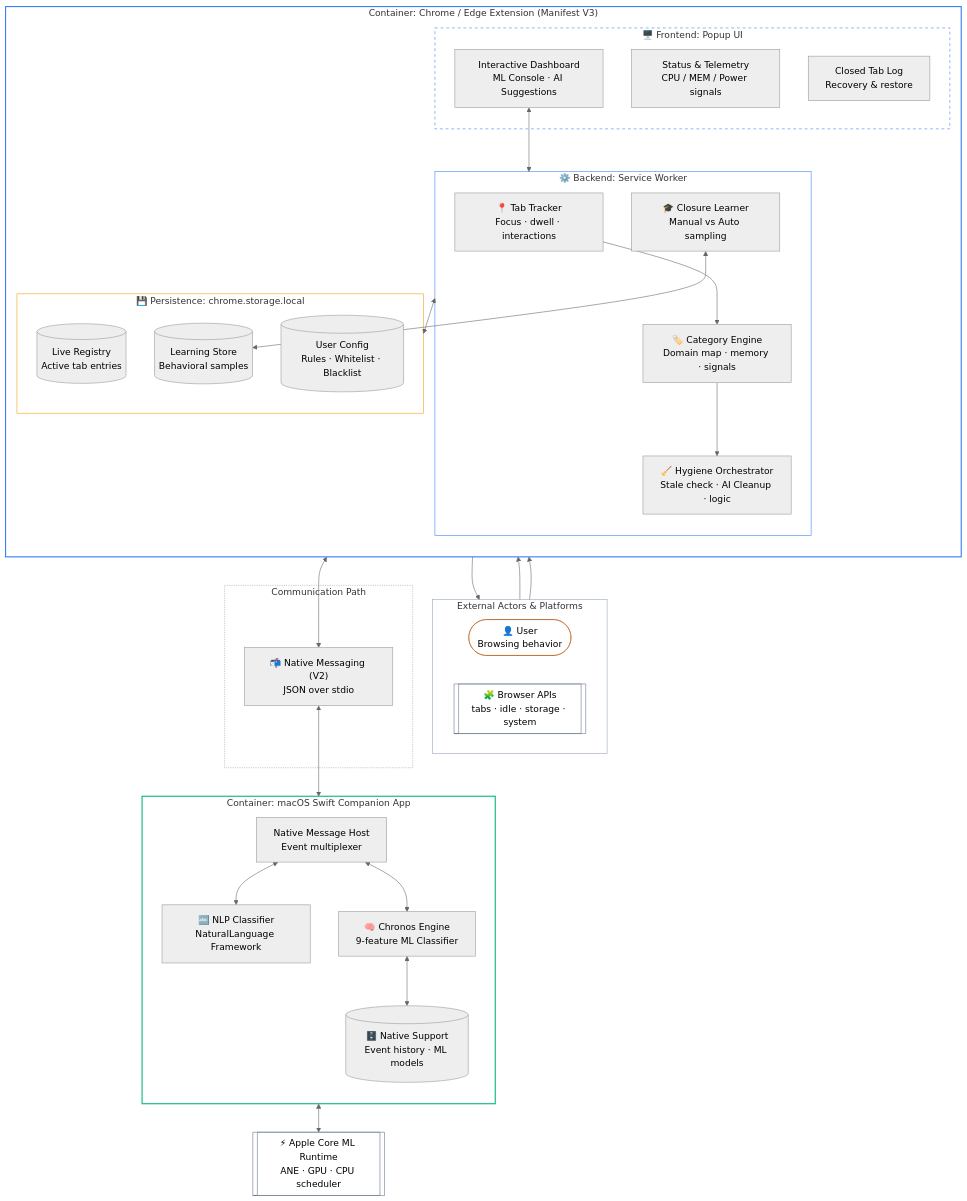
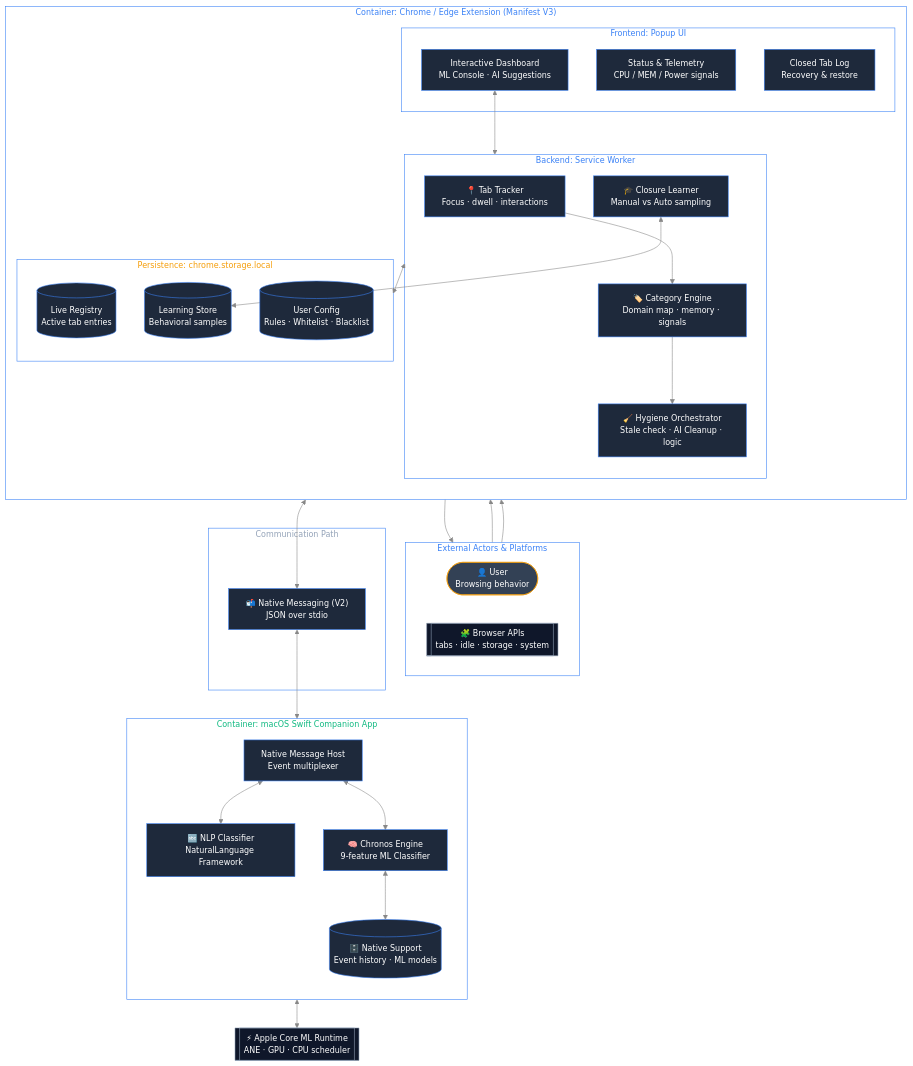
One commit to dubianche123/device-native-tab-hygiene changed the diagram in README.md. Above: the diagram before and after it, drawn with Mermaid. The commit also changed 1 other file, not shown here.

Commit message:
Fix dark mode visibility with high-contrast text and explicit node styling

````diff
--- a/README.md
+++ b/README.md
@@ -19,39 +19,52 @@
 ```mermaid
-%%{init: {'theme': 'neutral', 'themeVariables': { 'primaryColor': '#3b82f6', 'edgeLabelBackground':'transparent' }}}%%
+%%{init: {
+  'theme': 'base',
+  'themeVariables': {
+    'primaryColor': '#0052cc',
+    'primaryTextColor': '#fff',
+    'primaryBorderColor': '#0052cc',
+    'lineColor': '#888',
+    'secondaryColor': '#006100',
+    'tertiaryColor': '#fff',
+    'clusterBkg': 'rgba(255, 255, 255, 0.05)',
+    'clusterBorder': '#3b82f6',
+    'fontSize': '14px'
+  }
+}}%%
 flowchart TB
-  subgraph actors["External Actors & Platforms"]
+  subgraph actors["<span style='color:#3b82f6'>External Actors & Platforms</span>"]
     direction LR
     user(["👤 User<br/>Browsing behavior"])
     chrome[["🧩 Browser APIs<br/>tabs · idle · storage · system"]]
   end
 
-  subgraph browser["Container: Chrome / Edge Extension (Manifest V3)"]
+  subgraph browser["<span style='color:#3b82f6'>Container: Chrome / Edge Extension (Manifest V3)</span>"]
     direction TB
-    subgraph popup["🖥️ Frontend: Popup UI"]
+    subgraph popup["<span style='color:#3b82f6'>Frontend: Popup UI</span>"]
       p_ui["Interactive Dashboard<br/>ML Console · AI Suggestions"]
       p_telemetry["Status & Telemetry<br/>CPU / MEM / Power signals"]
       p_log["Closed Tab Log<br/>Recovery & restore"]
     end
 
-    subgraph background["⚙️ Backend: Service Worker"]
+    subgraph background["<span style='color:#3b82f6'>Backend: Service Worker</span>"]
       b_tracker["📍 Tab Tracker<br/>Focus · dwell · interactions"]
       b_learner["🎓 Closure Learner<br/>Manual vs Auto sampling"]
       b_engine["🏷️ Category Engine<br/>Domain map · memory · signals"]
       b_orchestrator["🧹 Hygiene Orchestrator<br/>Stale check · AI Cleanup · logic"]
     end
 
-    subgraph storage["💾 Persistence: chrome.storage.local"]
+    subgraph storage["<span style='color:#f59e0b'>Persistence: chrome.storage.local</span>"]
       s_registry[("Live Registry<br/>Active tab entries")]
       s_samples[("Learning Store<br/>Behavioral samples")]
       s_settings[("User Config<br/>Rules · Whitelist · Blacklist")]
     end
   end
 
-  subgraph ipc["Communication Path"]
+  subgraph ipc["<span style='color:#94a3b8'>Communication Path</span>"]
     nativeBus["📬 Native Messaging (V2)<br/>JSON over stdio"]
   end
 
-  subgraph native["Container: macOS Swift Companion App"]
+  subgraph native["<span style='color:#10b981'>Container: macOS Swift Companion App</span>"]
     direction TB
     n_host["Native Message Host<br/>Event multiplexer"]
     n_classifier["🔤 NLP Classifier<br/>NaturalLanguage Framework"]
@@ -78,17 +91,11 @@
   n_chronos <--> n_storage
   n_chronos <--> coreml
 
-  %% Styling: Use transparent fills and mid-tone strokes for Dark Mode compatibility
-  style actors fill:none,stroke:#94a3b8,stroke-width:1px
-  style browser fill:none,stroke:#3b82f6,stroke-width:2px
-  style native fill:none,stroke:#10b981,stroke-width:2px
-  style popup fill:none,stroke:#3b82f6,stroke-dasharray: 5 5
-  style background fill:none,stroke:#3b82f6
-  style storage fill:none,stroke:#f59e0b
-  style ipc fill:none,stroke:#94a3b8,stroke-dasharray: 2 2
-
-  classDef actor fill:none,stroke:#b45309,stroke-width:1px
-  classDef platform fill:none,stroke:#64748b,stroke-width:1px
+  %% Global Node Styling
+  classDef default fill:#1e293b,stroke:#3b82f6,color:#fff,stroke-width:1px
+  classDef actor fill:#334155,stroke:#f59e0b,color:#fff,stroke-width:1px
+  classDef platform fill:#0f172a,stroke:#94a3b8,color:#fff,stroke-width:1px
+  
   class user actor
   class chrome,coreml platform
 ```
````
